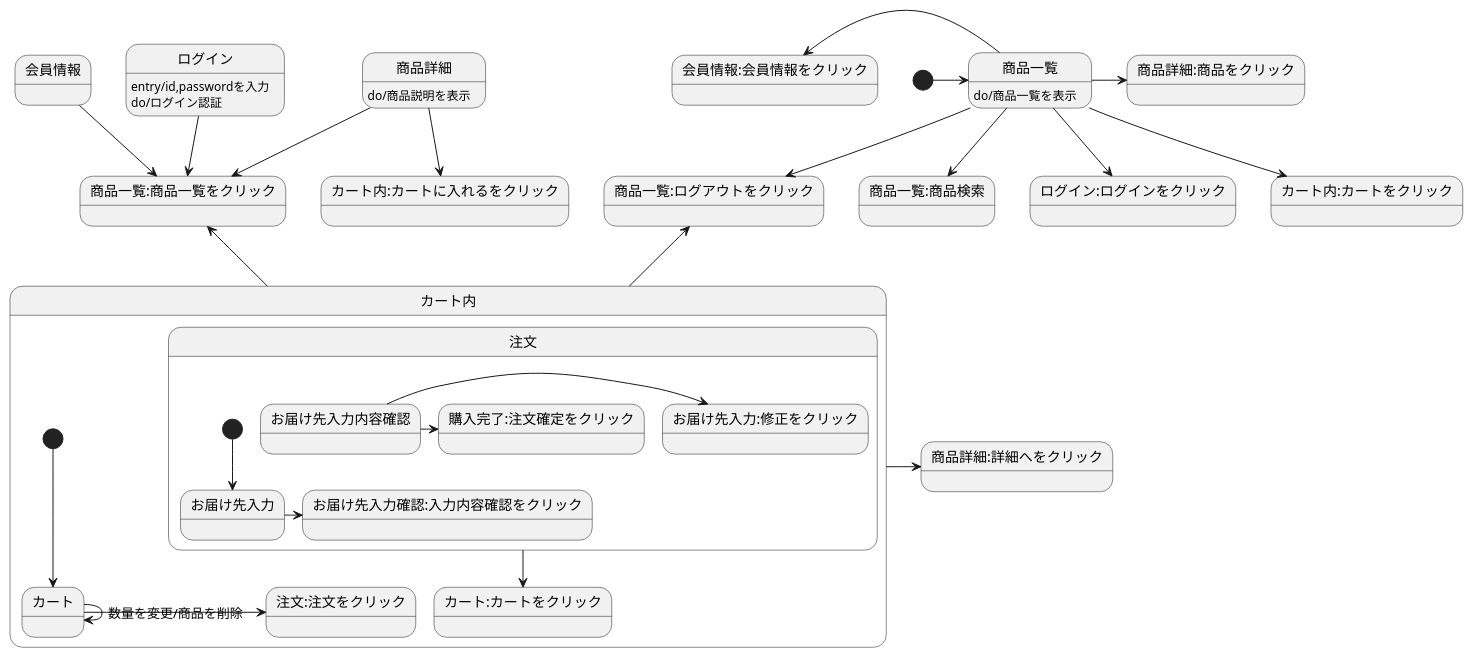
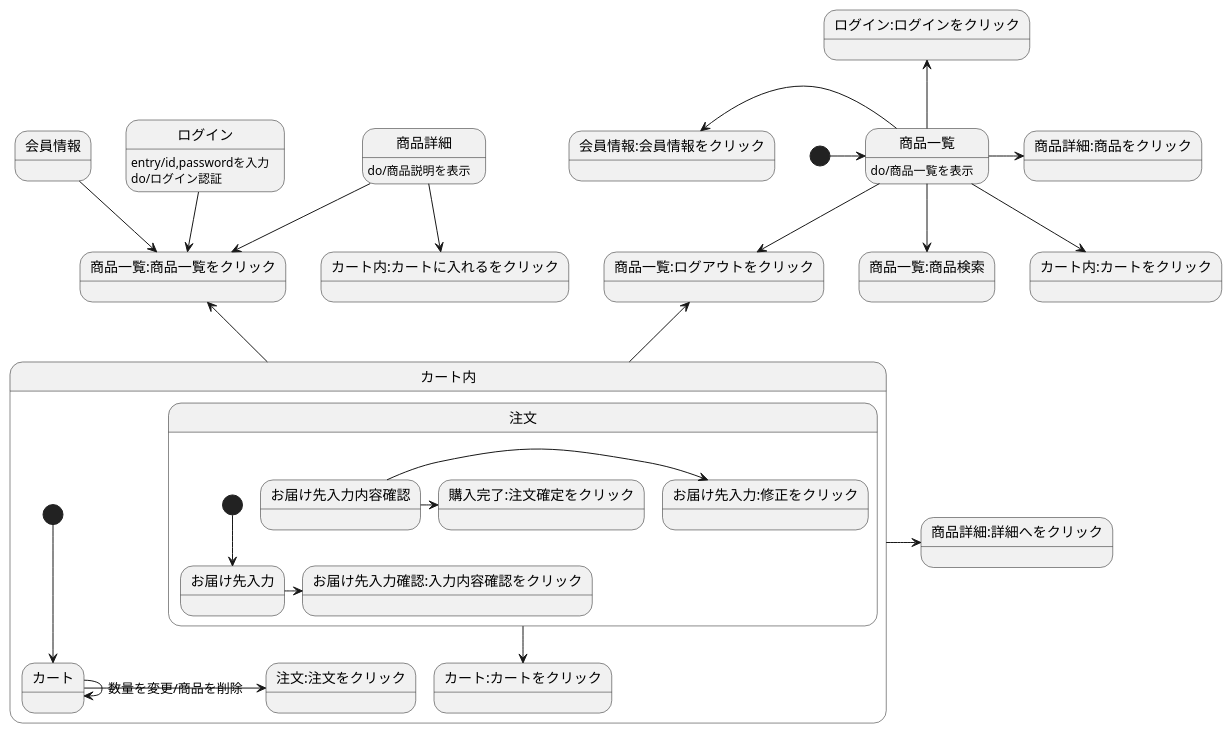
Before and after one commit to Aso2001160/2021sys-design: the diagram in stm01.md, drawn with PlantUML.

````diff
--- a/stm01.md
+++ b/stm01.md
@@ -1,35 +1,35 @@
 ```uml
 @startuml
 [*] -> 商品一覧
 会員情報-->商品一覧:商品一覧をクリック
 ログイン-->商品一覧:商品一覧をクリック
 ログイン:entry/id,passwordを入力
 ログイン:do/ログイン認証
 商品一覧 --> 商品一覧:ログアウトをクリック
 商品一覧-->商品一覧:商品検索
 商品一覧->商品詳細:商品をクリック
 商品一覧 -left-> 会員情報:会員情報をクリック
-商品一覧 --> ログイン:ログインをクリック
+商品一覧 -up-> ログイン:ログインをクリック
 商品一覧 -->カート内:カートをクリック
 商品一覧:do/商品一覧を表示
 商品詳細-->カート内:カートに入れるをクリック
 商品詳細-->商品一覧:商品一覧をクリック
 商品詳細:do/商品説明を表示
 カート内 -up-> 商品一覧:商品一覧をクリック
 カート内 -up-> 商品一覧:ログアウトをクリック
 カート内->商品詳細:詳細へをクリック
 
 state カート内{
 [*]-->カート
 カート->注文:注文をクリック
 カート->カート:数量を変更/商品を削除
 注文-->カート:カートをクリック
   state 注文{
   [*]-->お届け先入力
   お届け先入力->お届け先入力確認:入力内容確認をクリック
   お届け先入力内容確認->お届け先入力:修正をクリック
   お届け先入力内容確認->購入完了:注文確定をクリック
   }
 }
 @enduml
 ```
````
